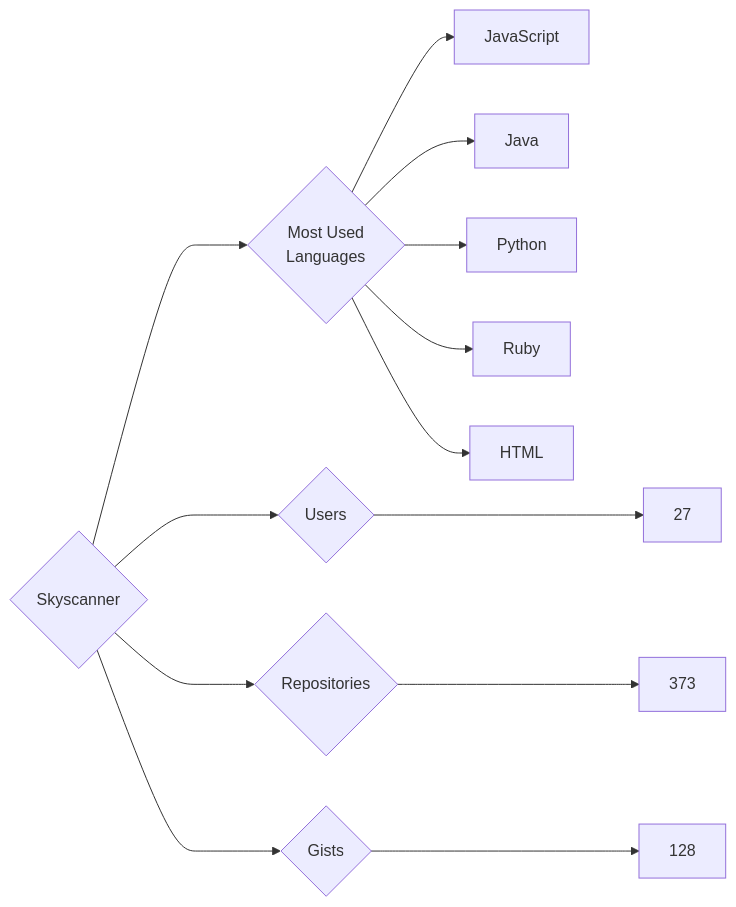
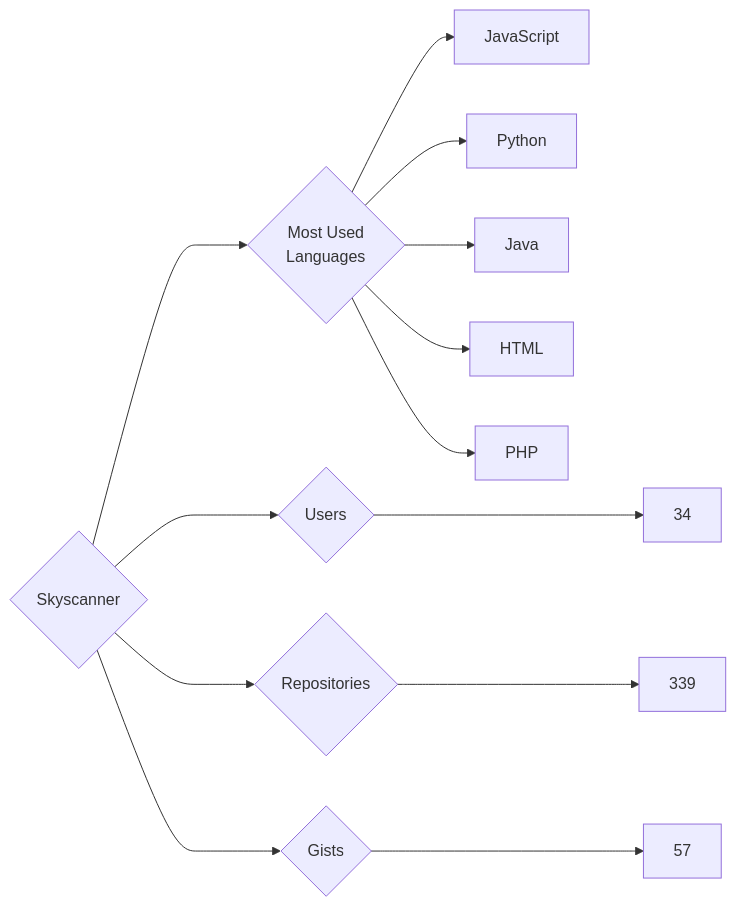
Before and after one commit to trickest/insiders: the diagram in targets/Skyscanner/README.md, drawn with Mermaid. The commit also changed 955 other files, not shown here.

````diff
--- a/targets/Skyscanner/README.md
+++ b/targets/Skyscanner/README.md
@@ -3,13 +3,13 @@
 ```mermaid
 graph LR
 COMPANY_NAME{Skyscanner}
-COMPANY_NAME ---> U{Users} ---> UN[27]
-COMPANY_NAME ---> R{Repositories} ---> RN[373]
-COMPANY_NAME ---> G{Gists} ---> GN[128]
+COMPANY_NAME ---> U{Users} ---> UN[34]
+COMPANY_NAME ---> R{Repositories} ---> RN[339]
+COMPANY_NAME ---> G{Gists} ---> GN[57]
 COMPANY_NAME ---> ML{Most Used<br>Languages}
 ML --> JavaScript[JavaScript]
+ML --> Python[Python]
 ML --> Java[Java]
-ML --> Python[Python]
-ML --> Ruby[Ruby]
 ML --> HTML[HTML]
+ML --> PHP[PHP]
 ```
````
